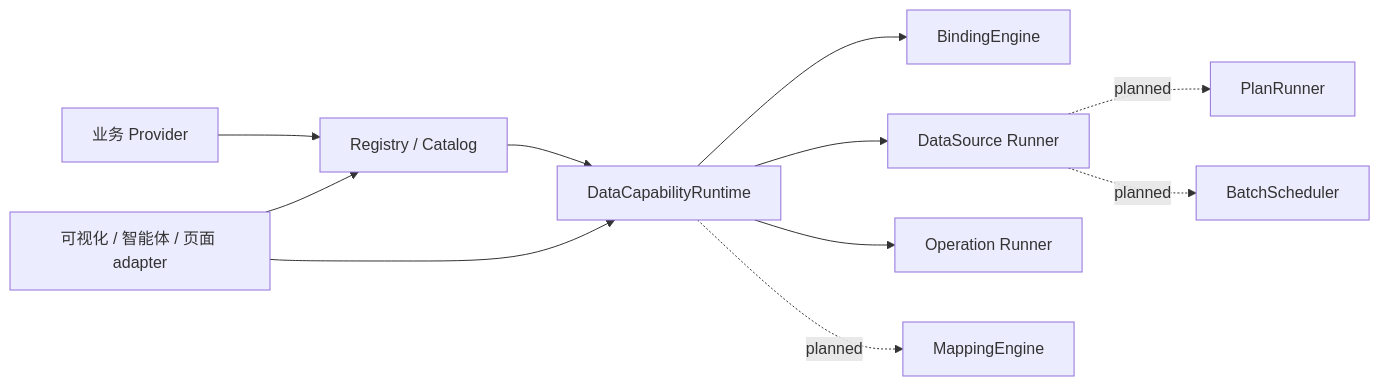
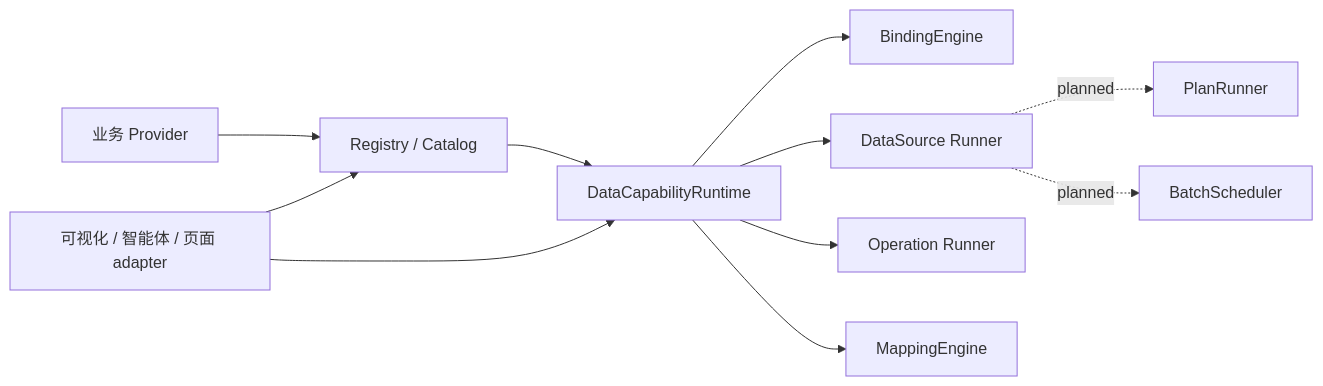
One commit to jetlinks-v2/jetlinks-web-core changed the diagram in docs/数据能力注册中心设计.md. Above: the diagram before and after it, drawn with Mermaid. The commit also changed other lines of this file and 24 other files, not shown here.

````diff
--- a/docs/数据能力注册中心设计.md
+++ b/docs/数据能力注册中心设计.md
@@ -96,13 +131,13 @@
 ```mermaid
 flowchart LR
   Provider["业务 Provider"] --> Registry["Registry / Catalog"]
   Registry --> Runtime["DataCapabilityRuntime"]
   Runtime --> Binding["BindingEngine"]
   Runtime --> Source["DataSource Runner"]
   Runtime --> Operation["Operation Runner"]
   Source -. planned .-> Plan["PlanRunner"]
   Source -. planned .-> Batch["BatchScheduler"]
-  Runtime -. planned .-> Mapping["MappingEngine"]
+  Runtime --> Mapping["MappingEngine"]
   Consumer["可视化 / 智能体 / 页面 adapter"] --> Registry
   Consumer --> Runtime
 ```
````
